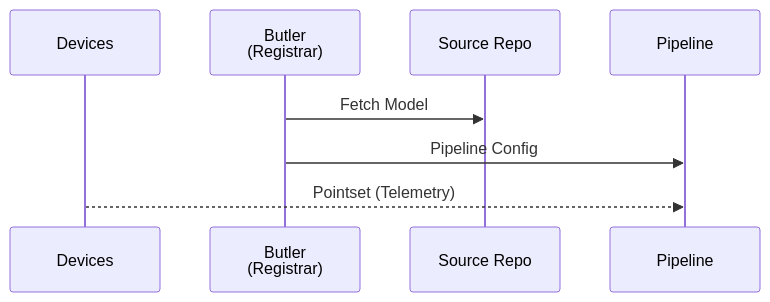
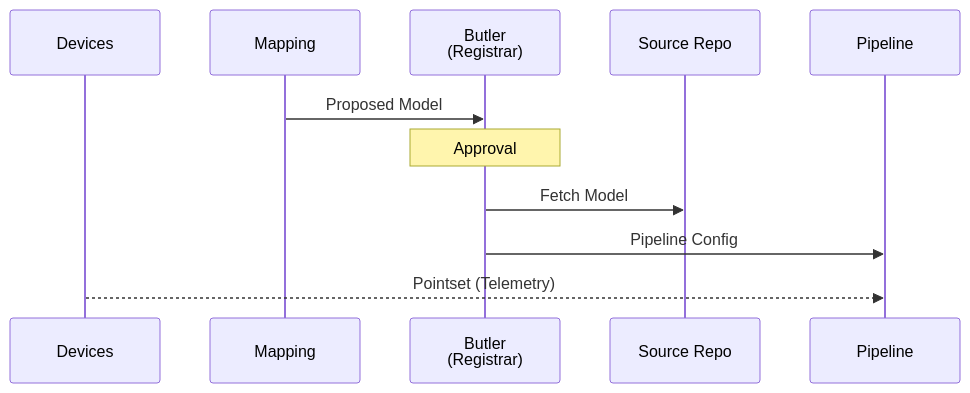
The diagram in docs/specs/provisioning.md (grafnu/udmi), drawn with Mermaid before and after one commit.

Commit message:
Add Mapping participant and Approval note to provisioning sequence
TAG=agy

CONV=f0ce9094-0c42-4b33-a426-7de9fd846e4e

````diff
--- a/docs/specs/provisioning.md
+++ b/docs/specs/provisioning.md
@@ -13,11 +13,14 @@
 ```mermaid
 sequenceDiagram
   %%{wrap}%%
   participant Devices
+  participant Mapping
   participant Butler as Butler<br/>(Registrar)
   participant Source Repo
   participant Pipeline
+  Mapping->>Butler: Proposed Model
+  Note over Butler: Approval
   Butler->>Source Repo: Fetch Model
   Butler->>Pipeline: Pipeline Config
   Devices-->>Pipeline: Pointset (Telemetry)
 ```
````
